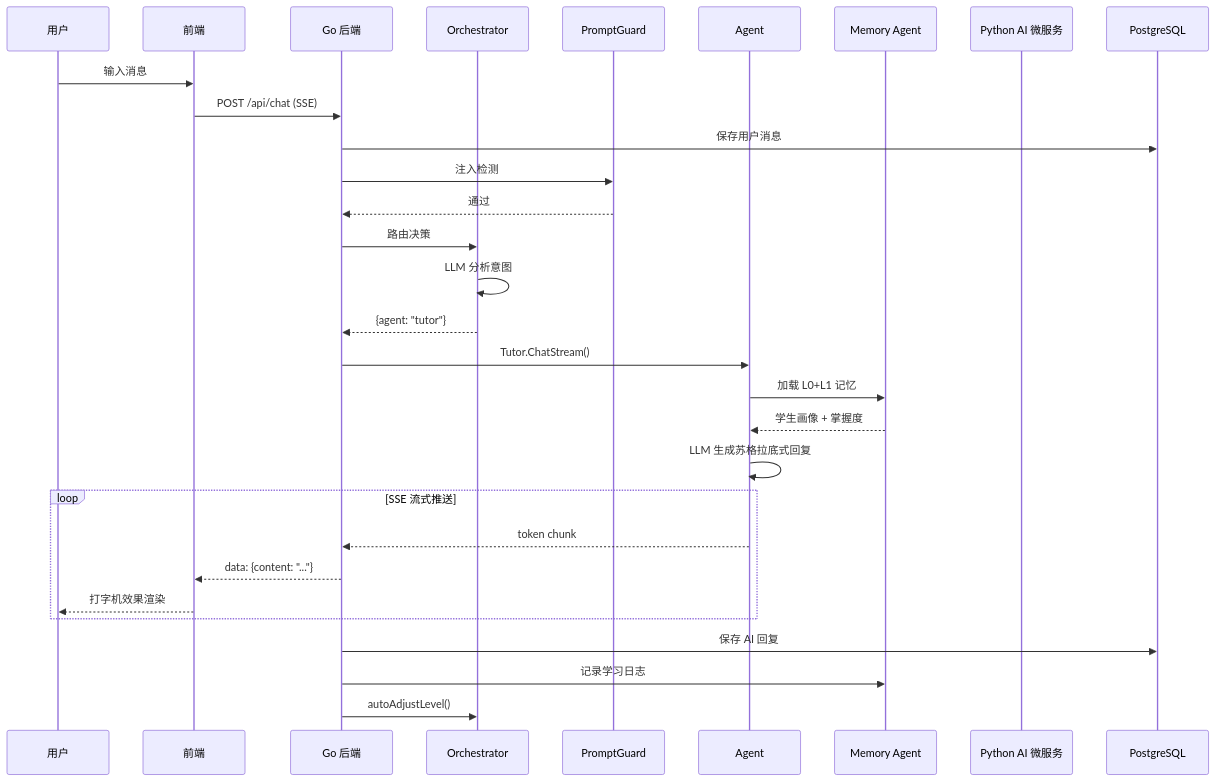
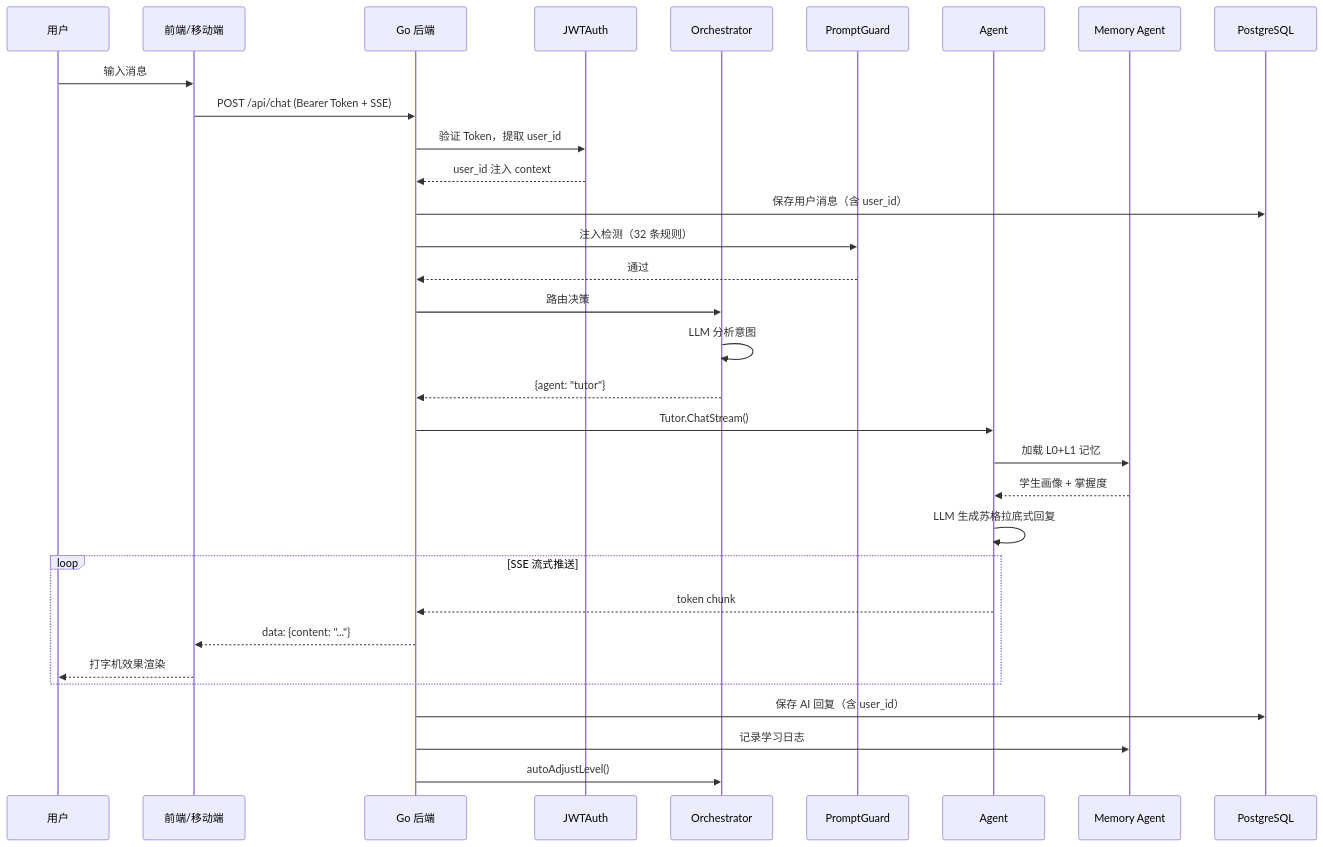
One commit to nothasson/MindFlow changed the ninth of 10 diagrams in README.md. Above: the diagram before and after it, drawn with Mermaid. The commit also changed other lines of this file, not shown here.

````diff
--- a/README.md
+++ b/README.md
@@ -510,37 +593,39 @@
 ```mermaid
 sequenceDiagram
     participant U as 用户
-    participant FE as 前端
+    participant FE as 前端/移动端
     participant BE as Go 后端
+    participant JWT as JWTAuth
     participant O as Orchestrator
     participant G as PromptGuard
     participant A as Agent
     participant M as Memory Agent
-    participant AI as Python AI 微服务
     participant DB as PostgreSQL
 
     U->>FE: 输入消息
-    FE->>BE: POST /api/chat (SSE)
-    BE->>DB: 保存用户消息
-    BE->>G: 注入检测
+    FE->>BE: POST /api/chat (Bearer Token + SSE)
+    BE->>JWT: 验证 Token，提取 user_id
+    JWT-->>BE: user_id 注入 context
+    BE->>DB: 保存用户消息（含 user_id）
+    BE->>G: 注入检测（32 条规则）
     G-->>BE: 通过
 
     BE->>O: 路由决策
     O->>O: LLM 分析意图
     O-->>BE: {agent: "tutor"}
 
     BE->>A: Tutor.ChatStream()
     A->>M: 加载 L0+L1 记忆
     M-->>A: 学生画像 + 掌握度
     A->>A: LLM 生成苏格拉底式回复
 
     loop SSE 流式推送
         A-->>BE: token chunk
         BE-->>FE: data: {content: "..."}
         FE-->>U: 打字机效果渲染
     end
 
-    BE->>DB: 保存 AI 回复
+    BE->>DB: 保存 AI 回复（含 user_id）
     BE->>M: 记录学习日志
     BE->>O: autoAdjustLevel()
 ```
````
